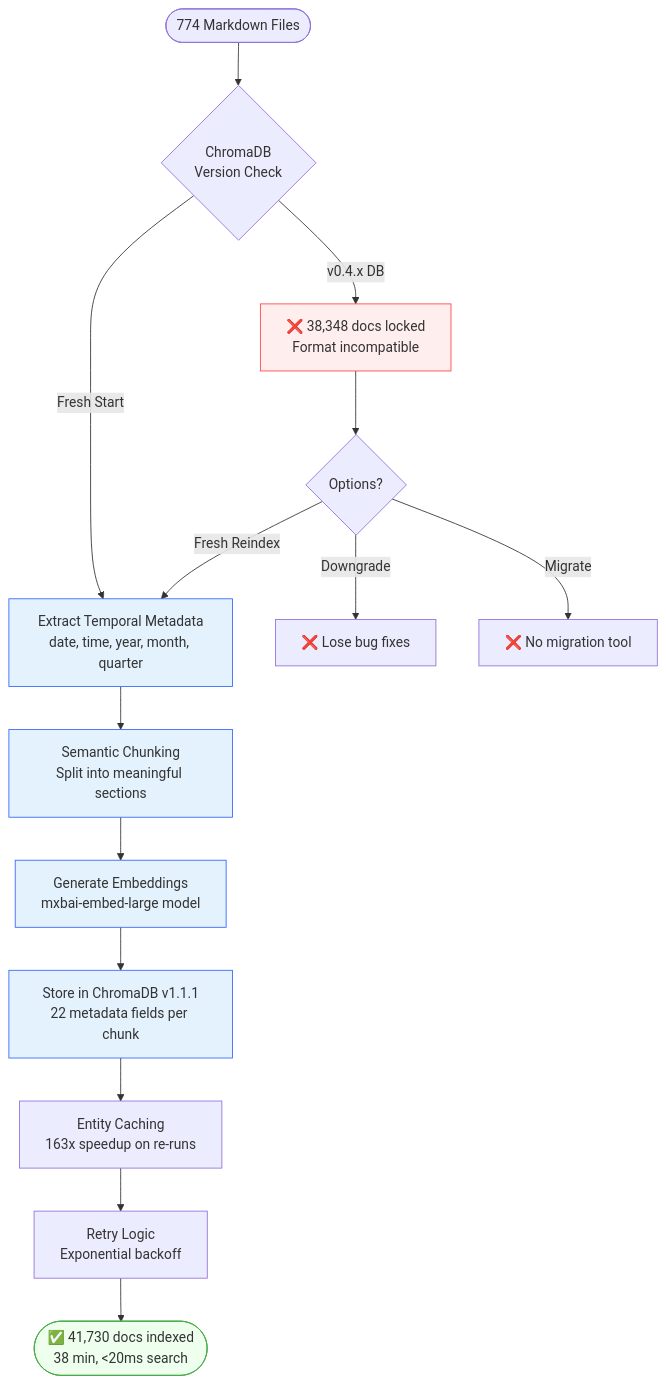
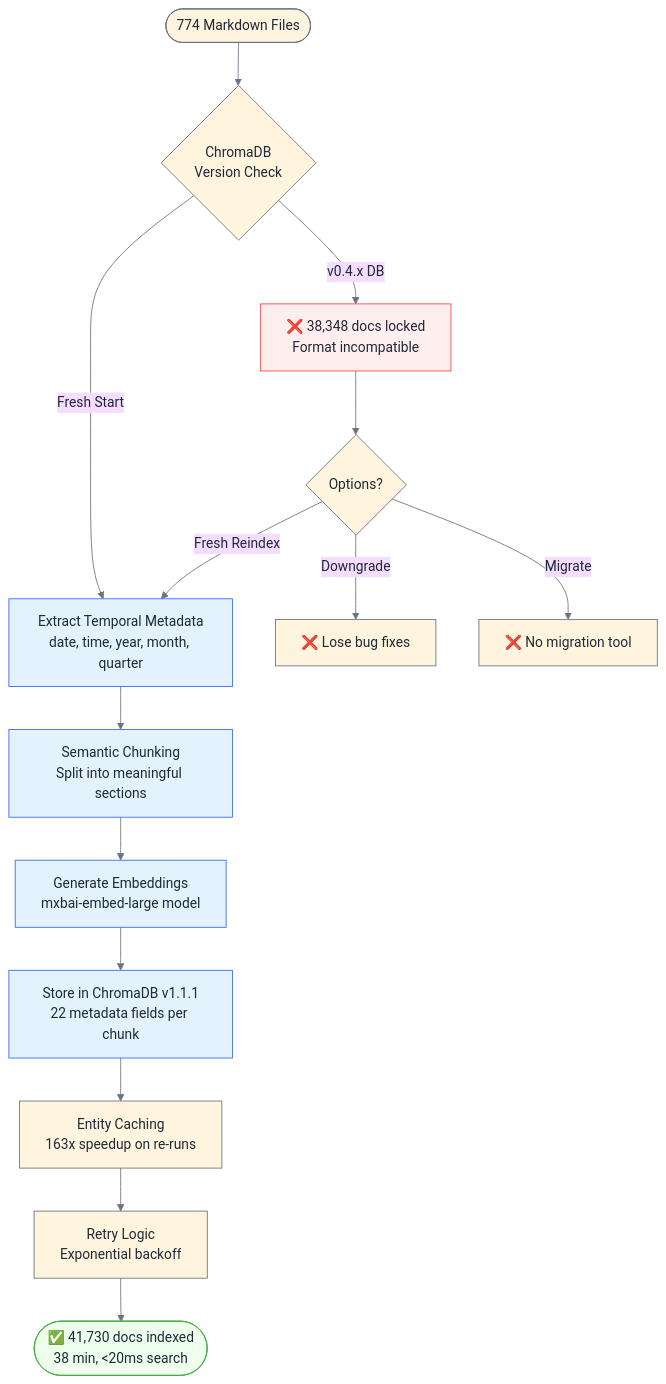
One commit to rduffyuk/blog-astro changed the first of 6 diagrams in src/data/blog/season-2-episode-4-three-systems-parallel-testing.md. Above: the diagram before and after it, drawn with Mermaid. The commit also changed other lines of this file, not shown here.

First line of the commit message:
Fix diagram text readability in dark mode

````diff
--- a/src/data/blog/season-2-episode-4-three-systems-parallel-testing.md
+++ b/src/data/blog/season-2-episode-4-three-systems-parallel-testing.md
@@ -161,25 +161,26 @@
 ```mermaid
+%%{init: {'theme':'base', 'themeVariables': { 'primaryTextColor':'#1f2937','secondaryTextColor':'#1f2937','tertiaryTextColor':'#1f2937','primaryBorderColor':'#6b7280','lineColor':'#6b7280','fontFamily':'inherit'}}}%%
 flowchart TB
     Start([774 Markdown Files]) --> Check{ChromaDB<br/>Version Check}
     Check -->|v0.4.x DB| Error[❌ 38,348 docs locked<br/>Format incompatible]
     Check -->|Fresh Start| Extract[Extract Temporal Metadata<br/>date, time, year, month, quarter]
 
     Error --> Decision{Options?}
     Decision -->|Downgrade| Risk[❌ Lose bug fixes]
     Decision -->|Migrate| NoTool[❌ No migration tool]
     Decision -->|Fresh Reindex| Extract
 
     Extract --> Chunk[Semantic Chunking<br/>Split into meaningful sections]
     Chunk --> Embed[Generate Embeddings<br/>mxbai-embed-large model]
     Embed --> Store[Store in ChromaDB v1.1.1<br/>22 metadata fields per chunk]
     Store --> Cache[Entity Caching<br/>163x speedup on re-runs]
     Cache --> Retry[Retry Logic<br/>Exponential backoff]
     Retry --> Complete([✅ 41,730 docs indexed<br/>38 min, <20ms search])
 
     style Error fill:#fee,stroke:#f44
     style Complete fill:#efe,stroke:#4a4
     style Extract fill:#e3f2fd,stroke:#36f
     style Chunk fill:#e3f2fd,stroke:#36f
     style Embed fill:#e3f2fd,stroke:#36f
     style Store fill:#e3f2fd,stroke:#36f
 ```
````
